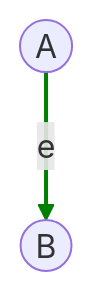
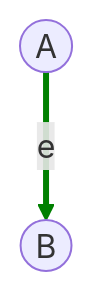
One commit to OmenApps/django-directed changed the second of 17 diagrams in docs/terminology.md. Above: the diagram before and after it, drawn with Mermaid. The commit also changed other lines of this file, not shown here.

First line of the commit message:
Improved appearance of graphs

````diff
--- a/docs/terminology.md
+++ b/docs/terminology.md
@@ -22,9 +22,9 @@
 ```{mermaid}
 graph TD;
     A((A));
     B((B));
     
     A--e-->B;
 
-    linkStyle 0 stroke-width:2px,fill:none,stroke:green;
+    linkStyle 0 stroke-width:3px,fill:none,stroke:green;
 ```
````
